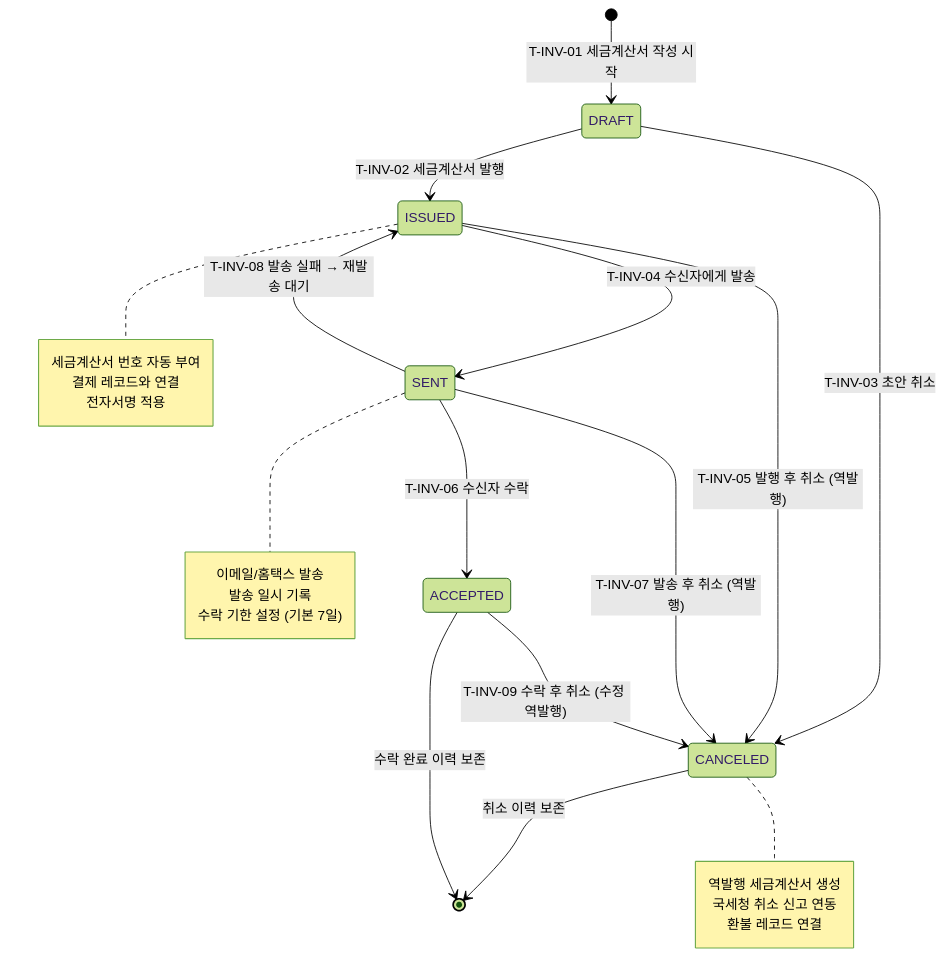
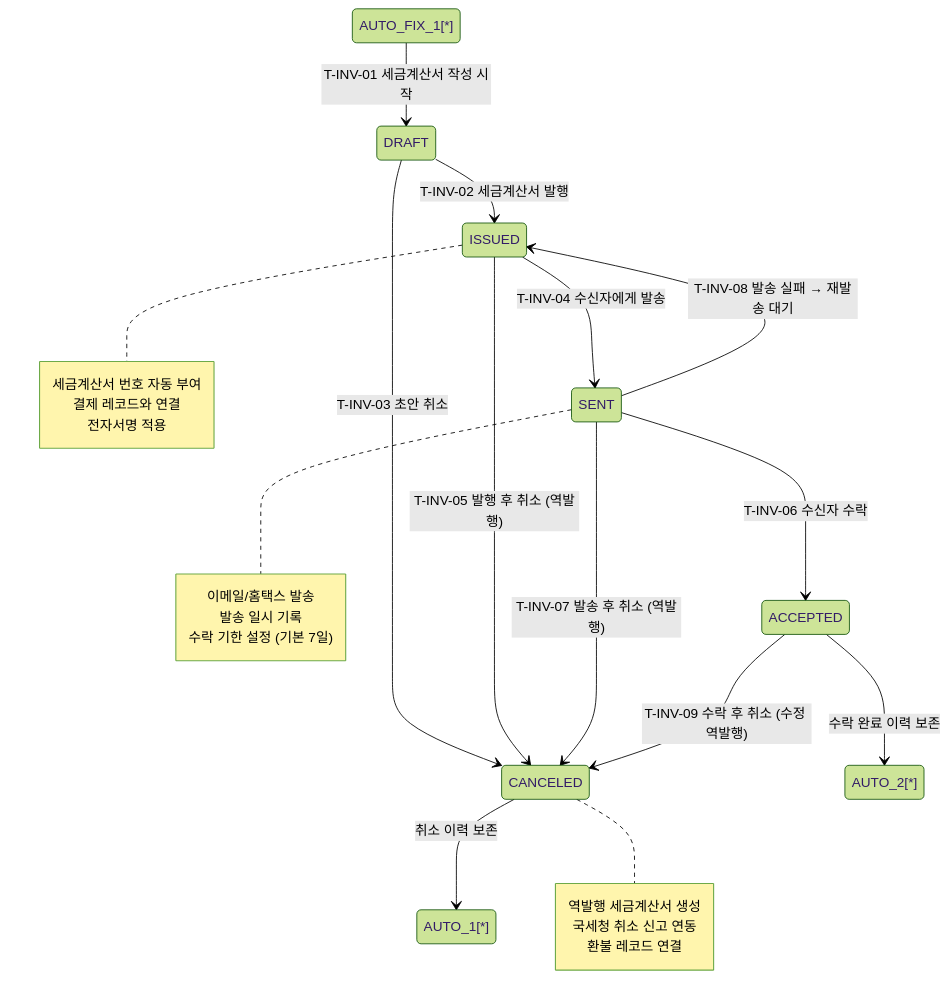
Before and after one commit to dev-spogym/admin-pando: the diagram in docs/admin/다이어그램/20_상태전이도/20-15_InvoiceStatus.md, drawn with Mermaid (forest theme). The commit also changed 369 other files, not shown here.

````diff
--- a/docs/admin/다이어그램/20_상태전이도/20-15_InvoiceStatus.md
+++ b/docs/admin/다이어그램/20_상태전이도/20-15_InvoiceStatus.md
@@ -32,37 +32,37 @@
 ```mermaid
 stateDiagram-v2
-    [*] --> DRAFT : T-INV-01 세금계산서 작성 시작
+    AUTO_FIX_1[*] --> DRAFT : T-INV-01 세금계산서 작성 시작
 
     DRAFT --> ISSUED : T-INV-02 세금계산서 발행
     DRAFT --> CANCELED : T-INV-03 초안 취소
 
     ISSUED --> SENT : T-INV-04 수신자에게 발송
     ISSUED --> CANCELED : T-INV-05 발행 후 취소 (역발행)
 
     SENT --> ACCEPTED : T-INV-06 수신자 수락
     SENT --> CANCELED : T-INV-07 발송 후 취소 (역발행)
     SENT --> ISSUED : T-INV-08 발송 실패 → 재발송 대기
 
     ACCEPTED --> CANCELED : T-INV-09 수락 후 취소 (수정 역발행)
 
-    CANCELED --> [*] : 취소 이력 보존
-    ACCEPTED --> [*] : 수락 완료 이력 보존
+    CANCELED --> AUTO_1[*] : 취소 이력 보존
+    ACCEPTED --> AUTO_2[*] : 수락 완료 이력 보존
 
     note right of ISSUED
         세금계산서 번호 자동 부여
         결제 레코드와 연결
         전자서명 적용
     end note
 
     note right of SENT
         이메일/홈택스 발송
         발송 일시 기록
         수락 기한 설정 (기본 7일)
     end note
 
     note right of CANCELED
         역발행 세금계산서 생성
         국세청 취소 신고 연동
         환불 레코드 연결
     end note
 ```
````
